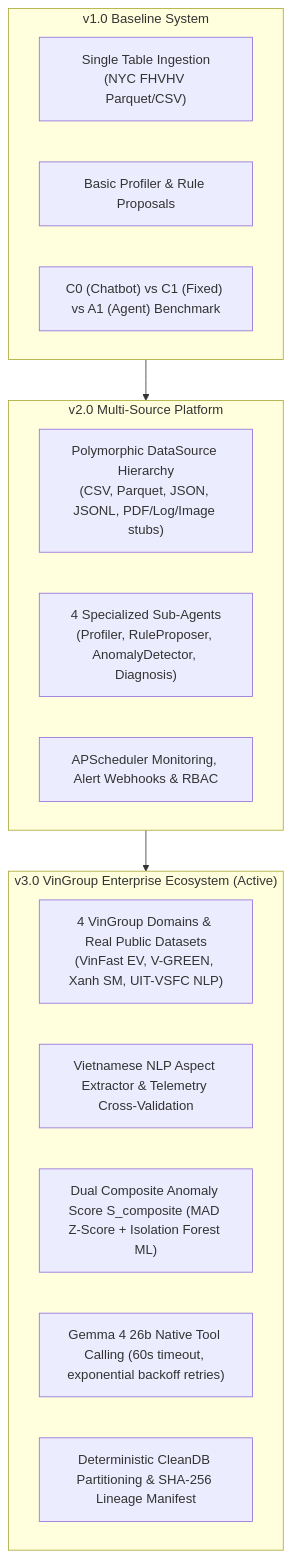
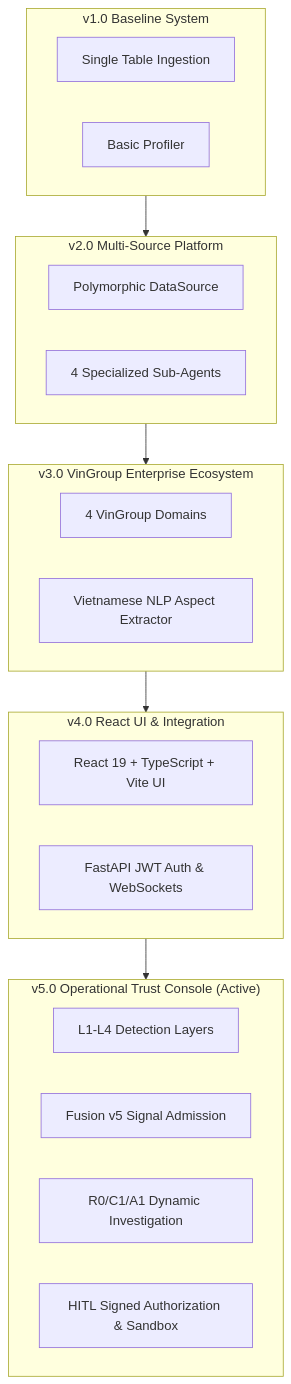
Before and after one commit to Dino1059/Phase2_VSF: the first of 2 diagrams in ARCHITECTURE.md, drawn with Mermaid. The commit also changed other lines of this file and 28 other files, not shown here.

First line of the commit message:
docs(v5): Comprehensive architecture and UX documentation overhaul for V5

````diff
--- a/ARCHITECTURE.md
+++ b/ARCHITECTURE.md
@@ -14,25 +14,34 @@
 ```mermaid
 flowchart TD
     subgraph v1_Scope["v1.0 Baseline System"]
-        v1_Data["Single Table Ingestion<br/>(NYC FHVHV Parquet/CSV)"]
-        v1_Engine["Basic Profiler & Rule Proposals"]
-        v1_Eval["C0 (Chatbot) vs C1 (Fixed) vs A1 (Agent) Benchmark"]
+        v1_Data["Single Table Ingestion"]
+        v1_Engine["Basic Profiler"]
     end
 
     subgraph v2_Scope["v2.0 Multi-Source Platform"]
-        v2_Data["Polymorphic DataSource Hierarchy<br/>(CSV, Parquet, JSON, JSONL, PDF/Log/Image stubs)"]
-        v2_Agents["4 Specialized Sub-Agents<br/>(Profiler, RuleProposer, AnomalyDetector, Diagnosis)"]
-        v2_Infra["APScheduler Monitoring, Alert Webhooks & RBAC"]
+        v2_Data["Polymorphic DataSource"]
+        v2_Agents["4 Specialized Sub-Agents"]
     end
 
-    subgraph v3_Scope["v3.0 VinGroup Enterprise Ecosystem (Active)"]
-        v3_Data["4 VinGroup Domains & Real Public Datasets<br/>(VinFast EV, V-GREEN, Xanh SM, UIT-VSFC NLP)"]
-        v3_NLP["Vietnamese NLP Aspect Extractor & Telemetry Cross-Validation"]
-        v3_ML["Dual Composite Anomaly Score S_composite (MAD Z-Score + Isolation Forest ML)"]
-        v3_LLM["Gemma 4 26b Native Tool Calling (60s timeout, exponential backoff retries)"]
-        v3_Clean["Deterministic CleanDB Partitioning & SHA-256 Lineage Manifest"]
+    subgraph v3_Scope["v3.0 VinGroup Enterprise Ecosystem"]
+        v3_Data["4 VinGroup Domains"]
+        v3_NLP["Vietnamese NLP Aspect Extractor"]
+    end
+    
+    subgraph v4_Scope["v4.0 React UI & Integration"]
+        v4_UI["React 19 + TypeScript + Vite UI"]
+        v4_API["FastAPI JWT Auth & WebSockets"]
+    end
+    
+    subgraph v5_Scope["v5.0 Operational Trust Console (Active)"]
+        v5_Detect["L1-L4 Detection Layers"]
+        v5_Fusion["Fusion v5 Signal Admission"]
+        v5_Invest["R0/C1/A1 Dynamic Investigation"]
+        v5_Gov["HITL Signed Authorization & Sandbox"]
     end
 
     v1_Scope --> v2_Scope
     v2_Scope --> v3_Scope
+    v3_Scope --> v4_Scope
+    v4_Scope --> v5_Scope
 ```
````
